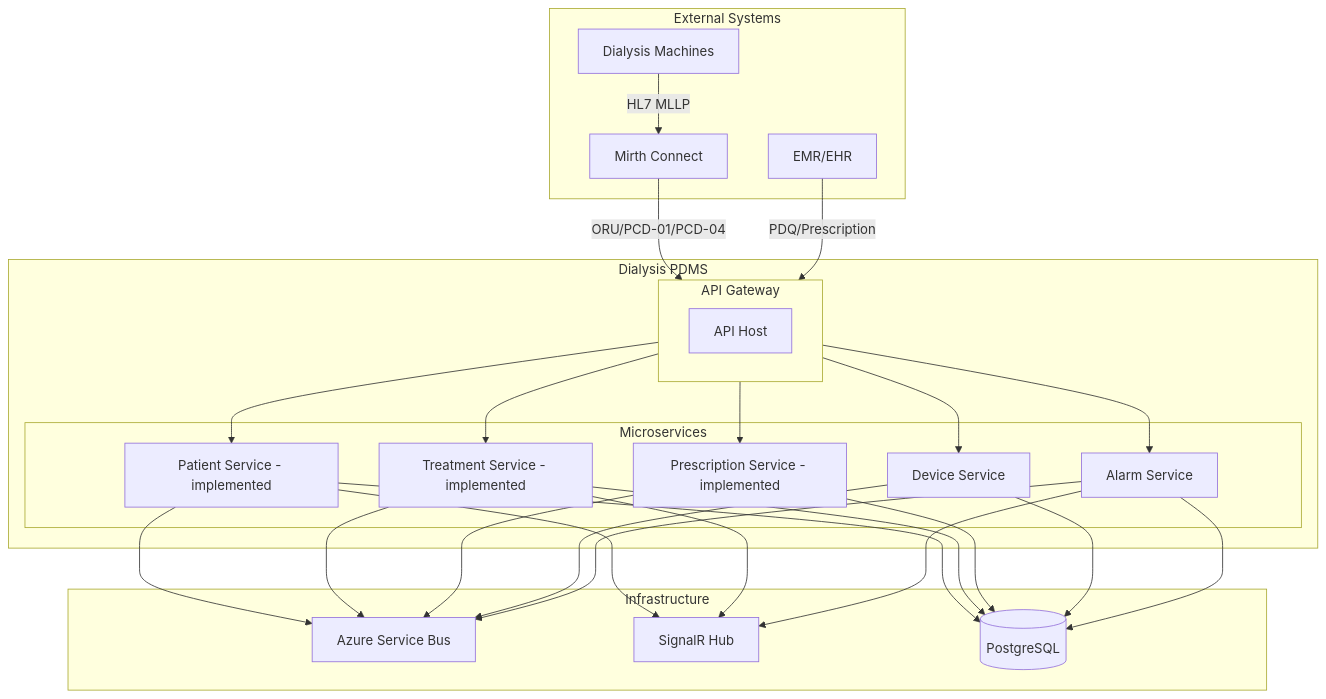
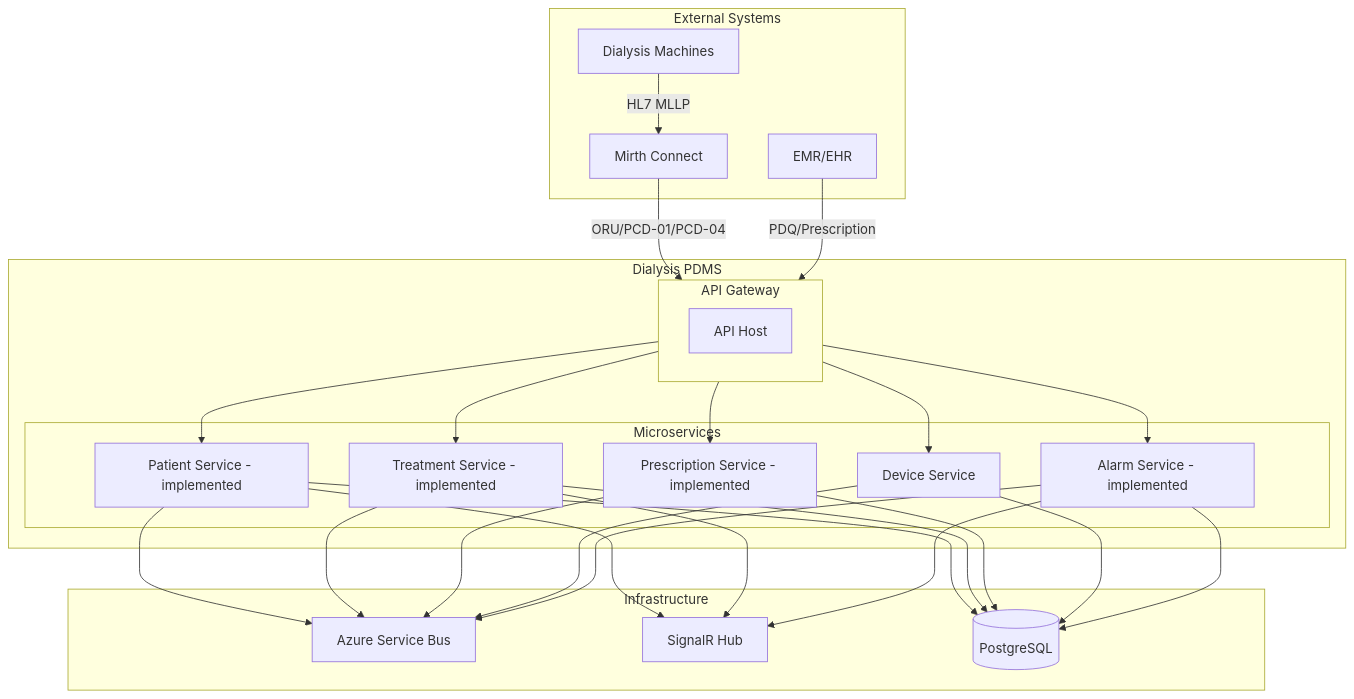
The first of 12 diagrams in docs/SYSTEM-ARCHITECTURE.md (Ahmed-Shehzad/Dialysis), drawn with Mermaid before and after one commit. The commit also changed other lines of this file and 159 other files, not shown here.

````diff
--- a/docs/SYSTEM-ARCHITECTURE.md
+++ b/docs/SYSTEM-ARCHITECTURE.md
@@ -22,54 +22,54 @@
 ```mermaid
 flowchart TB
     subgraph ExternalSystems [External Systems]
         DialysisMachines[Dialysis Machines]
         EMR[EMR/EHR]
         Mirth[Mirth Connect]
     end
 
     subgraph PDMS [Dialysis PDMS]
         subgraph API [API Gateway]
             ApiHost[API Host]
         end
 
         subgraph Services [Microservices]
             PatientSvc[Patient Service - implemented]
             TreatmentSvc[Treatment Service - implemented]
             PrescriptionSvc[Prescription Service - implemented]
             DeviceSvc[Device Service]
-            AlarmSvc[Alarm Service]
+            AlarmSvc[Alarm Service - implemented]
         end
     end
 
     subgraph Infrastructure [Infrastructure]
         AzureSB[Azure Service Bus]
         SignalRHub[SignalR Hub]
         Postgres[(PostgreSQL)]
     end
 
     DialysisMachines -->|HL7 MLLP| Mirth
     Mirth -->|ORU/PCD-01/PCD-04| API
     EMR -->|PDQ/Prescription| API
 
     API --> PatientSvc
     API --> TreatmentSvc
     API --> PrescriptionSvc
     API --> DeviceSvc
     API --> AlarmSvc
 
     PatientSvc --> AzureSB
     TreatmentSvc --> AzureSB
     PrescriptionSvc --> AzureSB
     DeviceSvc --> AzureSB
     AlarmSvc --> AzureSB
 
     PatientSvc --> SignalRHub
     TreatmentSvc --> SignalRHub
     AlarmSvc --> SignalRHub
 
     PatientSvc --> Postgres
     TreatmentSvc --> Postgres
     PrescriptionSvc --> Postgres
     DeviceSvc --> Postgres
     AlarmSvc --> Postgres
 ```
````
